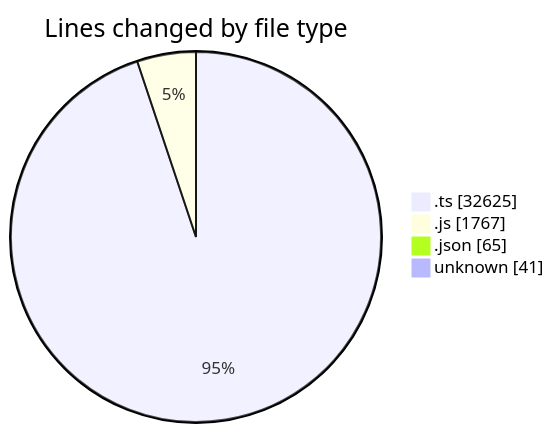
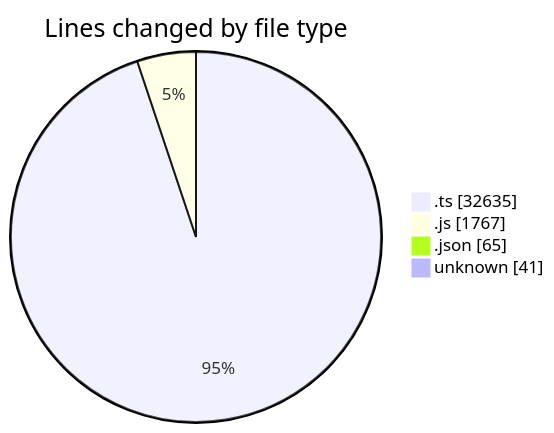
One commit to momahboobian/code-tracking changed the first of 2 diagrams in 2025-07-31/cda/README.md. Above: the diagram before and after it, drawn with Mermaid. The commit also changed other lines of this file and 1 other file, not shown here.

````diff
--- a/2025-07-31/cda/README.md
+++ b/2025-07-31/cda/README.md
@@ -30,8 +30,8 @@
 ```mermaid
 pie showData
 title Lines changed by file type
-".ts" : 32625
+".ts" : 32635
 ".js" : 1767
 ".json" : 65
 "unknown" : 41
 ```
````
